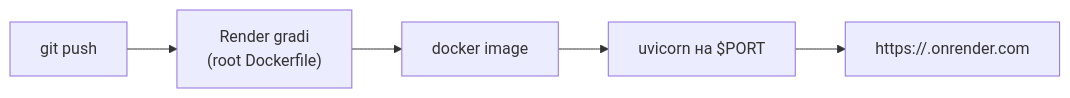
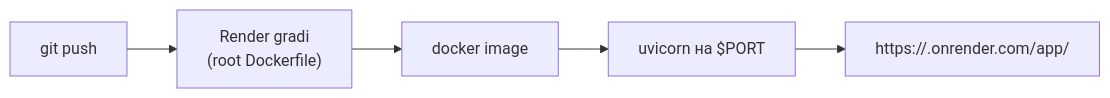
The second of 2 diagrams in docs/deployment/production.md (eftimovdaniel/Klinicka_Bolnica), drawn with Mermaid before and after one commit. The commit also changed other lines of this file, not shown here.

````diff
--- a/docs/deployment/production.md
+++ b/docs/deployment/production.md
@@ -113,7 +80,7 @@
 ```mermaid
 flowchart LR
     G["git push"] --> R["Render gradi<br/>(root Dockerfile)"]
     R --> D["docker image"]
     D --> S["uvicorn на $PORT"]
-    S --> L["https://<app>.onrender.com"]
+    S --> L["https://<app>.onrender.com/app/"]
 ```
````
